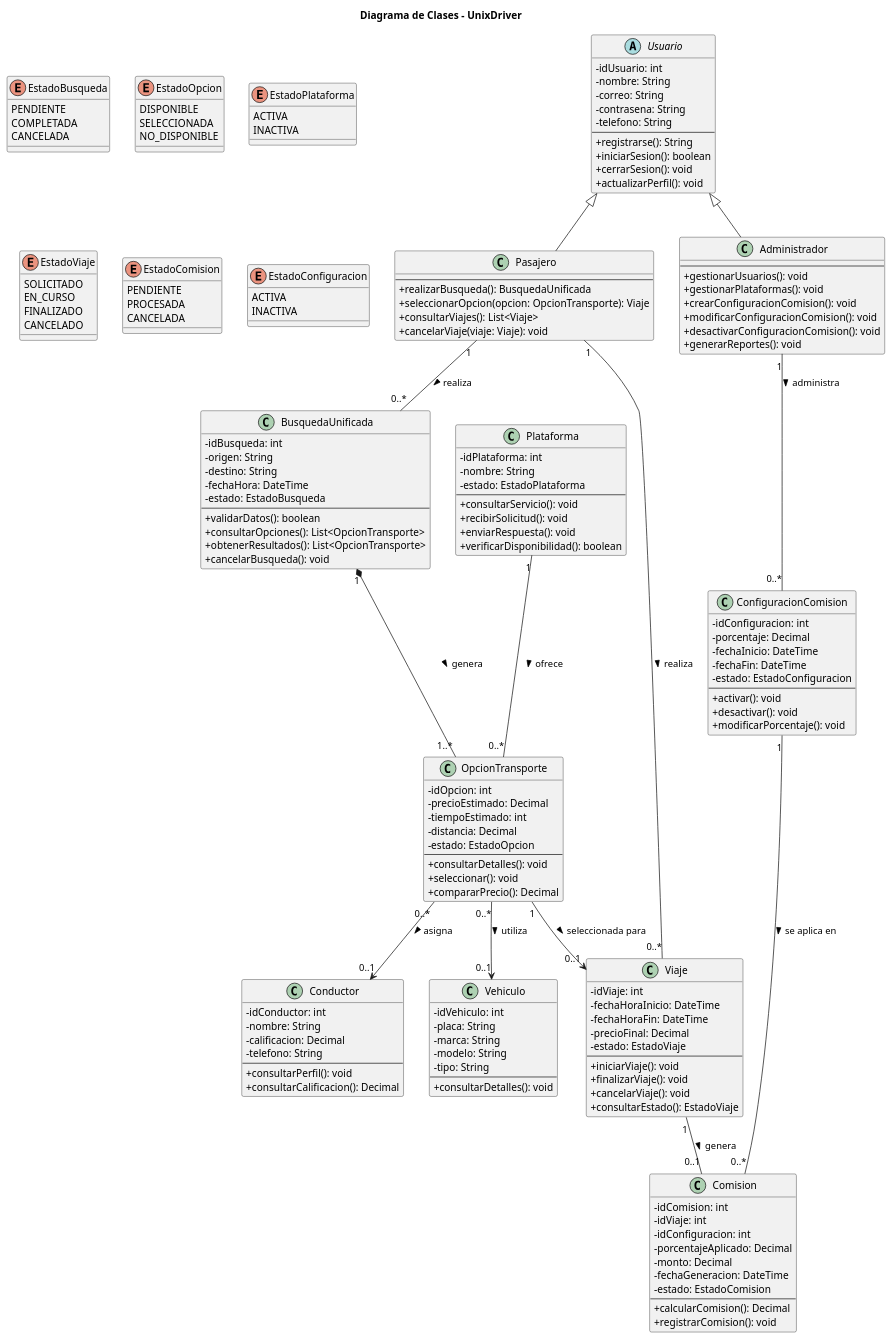
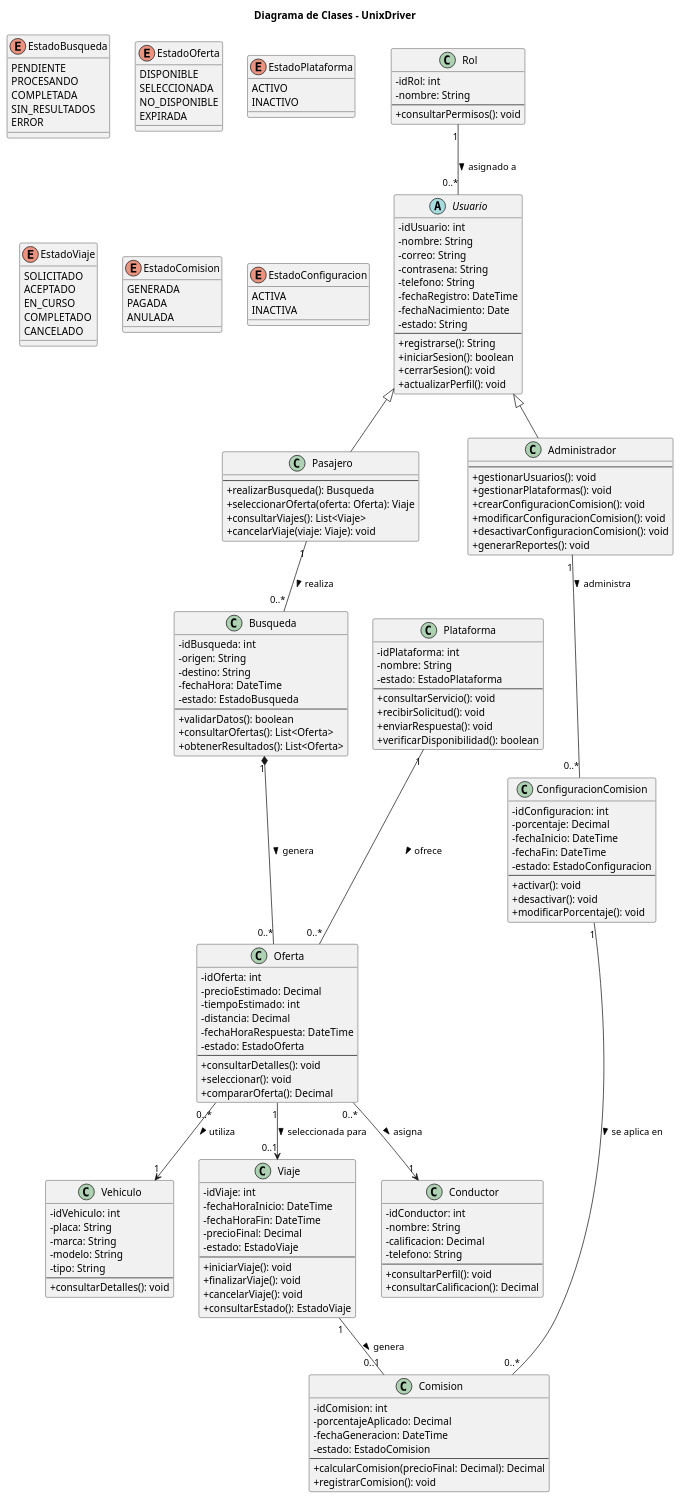
The diagram in docs/iteracion-01/model/diseño/diagrama_clases/diagrama_clases.puml (IvanS0524/Project-ISI-2026-2-G09), drawn with PlantUML before and after one commit. The commit also changed 1 other file, not shown here.

Commit message:
docs(model): align ER and class diagrams with PostgreSQL schema

```diff
--- a/docs/iteracion-01/model/diseño/diagrama_clases/diagrama_clases.puml
+++ b/docs/iteracion-01/model/diseño/diagrama_clases/diagrama_clases.puml
@@ -4,8 +4,15 @@
 skinparam classAttributeIconSize 0
 
 '========================
-' USUARIOS
+' ROLES Y USUARIOS
 '========================
+
+class Rol {
+    - idRol: int
+    - nombre: String
+    --
+    + consultarPermisos(): void
+}
 
 abstract class Usuario {
     - idUsuario: int
@@ -13,6 +20,9 @@
     - correo: String
     - contrasena: String
     - telefono: String
+    - fechaRegistro: DateTime
+    - fechaNacimiento: Date
+    - estado: String
     --
     + registrarse(): String
     + iniciarSesion(): boolean
@@ -22,8 +32,8 @@
 
 class Pasajero {
     --
-    + realizarBusqueda(): BusquedaUnificada
-    + seleccionarOpcion(opcion: OpcionTransporte): Viaje
+    + realizarBusqueda(): Busqueda
+    + seleccionarOferta(oferta: Oferta): Viaje
     + consultarViajes(): List<Viaje>
     + cancelarViaje(viaje: Viaje): void
 }
@@ -38,14 +48,15 @@
     + generarReportes(): void
 }
 
+Rol "1" -- "0..*" Usuario : asignado a >
 Usuario <|-- Pasajero
 Usuario <|-- Administrador
 
 '========================
-' BUSQUEDA Y RESULTADOS
+' BUSQUEDA Y OFERTAS
 '========================
 
-class BusquedaUnificada {
+class Busqueda {
     - idBusqueda: int
     - origen: String
     - destino: String
@@ -53,25 +64,25 @@
     - estado: EstadoBusqueda
     --
     + validarDatos(): boolean
-    + consultarOpciones(): List<OpcionTransporte>
-    + obtenerResultados(): List<OpcionTransporte>
-    + cancelarBusqueda(): void
+    + consultarOfertas(): List<Oferta>
+    + obtenerResultados(): List<Oferta>
 }
 
-class OpcionTransporte {
-    - idOpcion: int
+class Oferta {
+    - idOferta: int
     - precioEstimado: Decimal
     - tiempoEstimado: int
     - distancia: Decimal
-    - estado: EstadoOpcion
+    - fechaHoraRespuesta: DateTime
+    - estado: EstadoOferta
     --
     + consultarDetalles(): void
     + seleccionar(): void
-    + compararPrecio(): Decimal
+    + compararOferta(): Decimal
 }
 
-Pasajero "1" -- "0..*" BusquedaUnificada : realiza >
-BusquedaUnificada "1" *-- "1..*" OpcionTransporte : genera >
+Pasajero "1" -- "0..*" Busqueda : realiza >
+Busqueda "1" *-- "0..*" Oferta : genera >
 
 '========================
 ' PLATAFORMAS EXTERNAS
@@ -88,7 +99,7 @@
     + verificarDisponibilidad(): boolean
 }
 
-Plataforma "1" -- "0..*" OpcionTransporte : ofrece >
+Plataforma "1" -- "0..*" Oferta : ofrece >
 
 '========================
 ' CONDUCTOR Y VEHICULO
@@ -114,8 +125,8 @@
     + consultarDetalles(): void
 }
 
-OpcionTransporte "0..*" --> "0..1" Conductor : asigna >
-OpcionTransporte "0..*" --> "0..1" Vehiculo : utiliza >
+Oferta "0..*" --> "1" Conductor : asigna >
+Oferta "0..*" --> "1" Vehiculo : utiliza >
 
 '========================
 ' VIAJE
@@ -134,8 +145,7 @@
     + consultarEstado(): EstadoViaje
 }
 
-Pasajero "1" -- "0..*" Viaje : realiza >
-OpcionTransporte "1" --> "0..1" Viaje : seleccionada para >
+Oferta "1" --> "0..1" Viaje : seleccionada para >
 
 '========================
 ' CONFIGURACION DE COMISION
@@ -161,14 +171,11 @@
 
 class Comision {
     - idComision: int
-    - idViaje: int
-    - idConfiguracion: int
     - porcentajeAplicado: Decimal
-    - monto: Decimal
     - fechaGeneracion: DateTime
     - estado: EstadoComision
     --
-    + calcularComision(): Decimal
+    + calcularComision(precioFinal: Decimal): Decimal
     + registrarComision(): void
 }
 
@@ -181,32 +188,36 @@
 
 enum EstadoBusqueda {
     PENDIENTE
+    PROCESANDO
     COMPLETADA
-    CANCELADA
+    SIN_RESULTADOS
+    ERROR
 }
 
-enum EstadoOpcion {
+enum EstadoOferta {
     DISPONIBLE
     SELECCIONADA
     NO_DISPONIBLE
+    EXPIRADA
 }
 
 enum EstadoPlataforma {
-    ACTIVA
-    INACTIVA
+    ACTIVO
+    INACTIVO
 }
 
 enum EstadoViaje {
     SOLICITADO
+    ACEPTADO
     EN_CURSO
-    FINALIZADO
+    COMPLETADO
     CANCELADO
 }
 
 enum EstadoComision {
-    PENDIENTE
-    PROCESADA
-    CANCELADA
+    GENERADA
+    PAGADA
+    ANULADA
 }
 
 enum EstadoConfiguracion {
```
